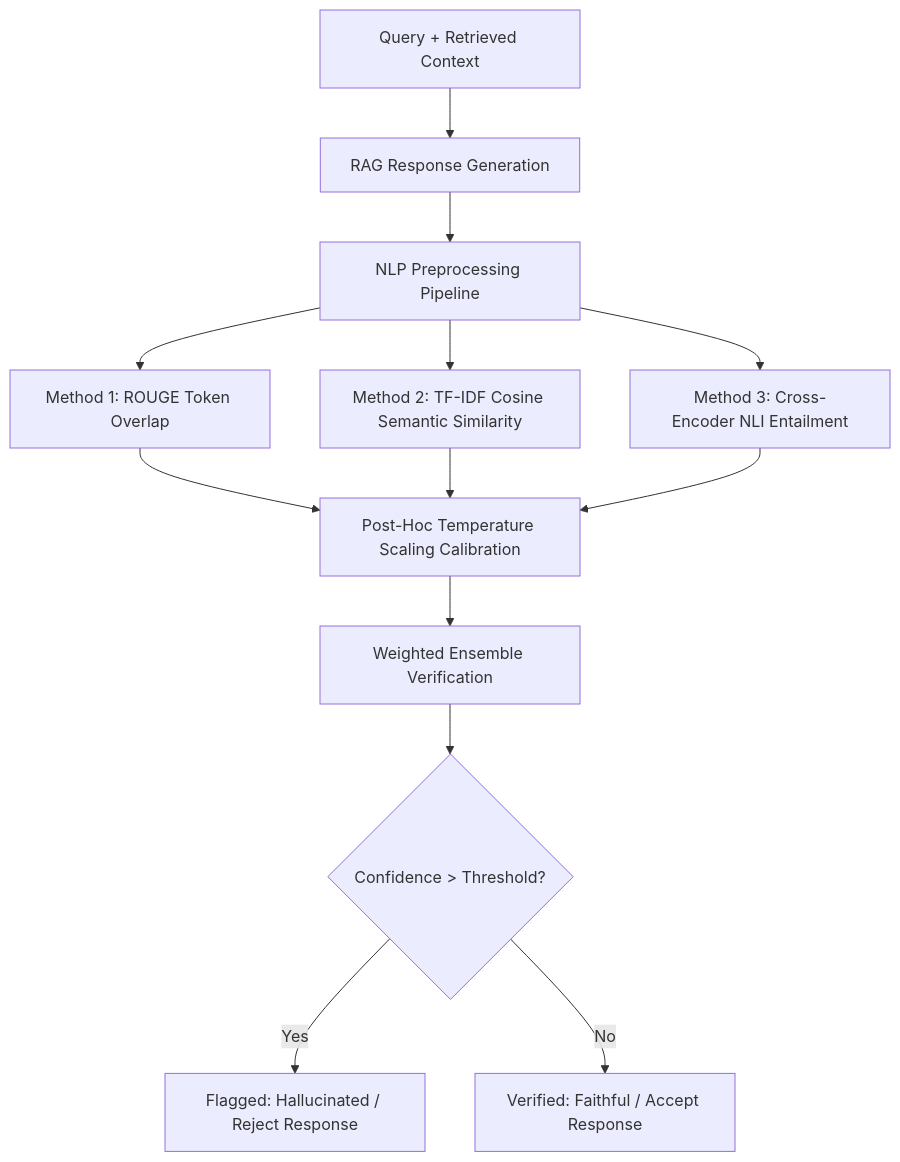
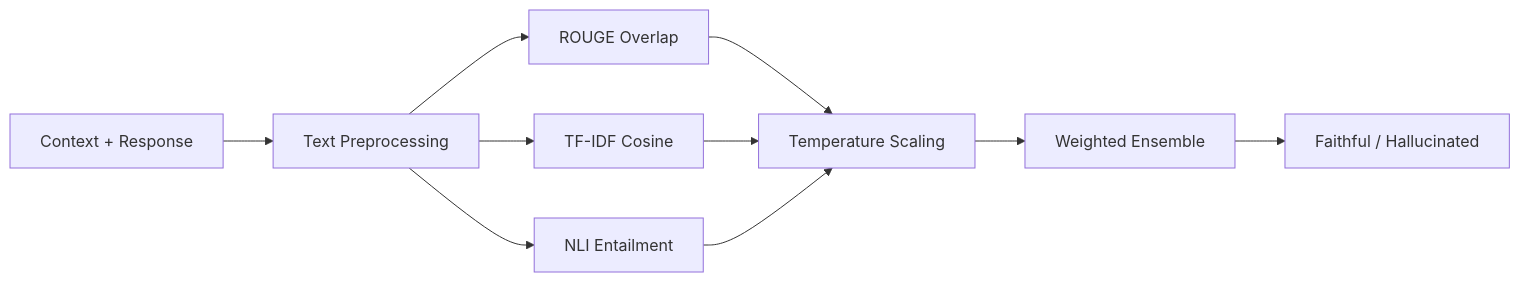
The diagram in README.md (Ken-Kanike/NLP-Mini-Project---sem-7), drawn with Mermaid before and after one commit. The commit also changed other lines of this file, not shown here.

````diff
--- a/README.md
+++ b/README.md
@@ -26,15 +22,12 @@
 ```mermaid
-flowchart TD
-    A[Query + Retrieved Context] --> B[RAG Response Generation]
-    B --> C[NLP Preprocessing Pipeline]
-    C --> D1[Method 1: ROUGE Token Overlap]
-    C --> D2[Method 2: TF-IDF Cosine Semantic Similarity]
-    C --> D3[Method 3: Cross-Encoder NLI Entailment]
-    D1 --> E[Post-Hoc Temperature Scaling Calibration]
-    D2 --> E
-    D3 --> E
-    E --> F[Weighted Ensemble Verification]
-    F --> G{Confidence > Threshold?}
-    G -->|Yes| H[Flagged: Hallucinated / Reject Response]
-    G -->|No| I[Verified: Faithful / Accept Response]
+flowchart LR
+    A[Context + Response] --> B[Text Preprocessing]
+    B --> C1[ROUGE Overlap]
+    B --> C2[TF-IDF Cosine]
+    B --> C3[NLI Entailment]
+    C1 --> D[Temperature Scaling]
+    C2 --> D
+    C3 --> D
+    D --> E[Weighted Ensemble]
+    E --> F[Faithful / Hallucinated]
 ```
````
